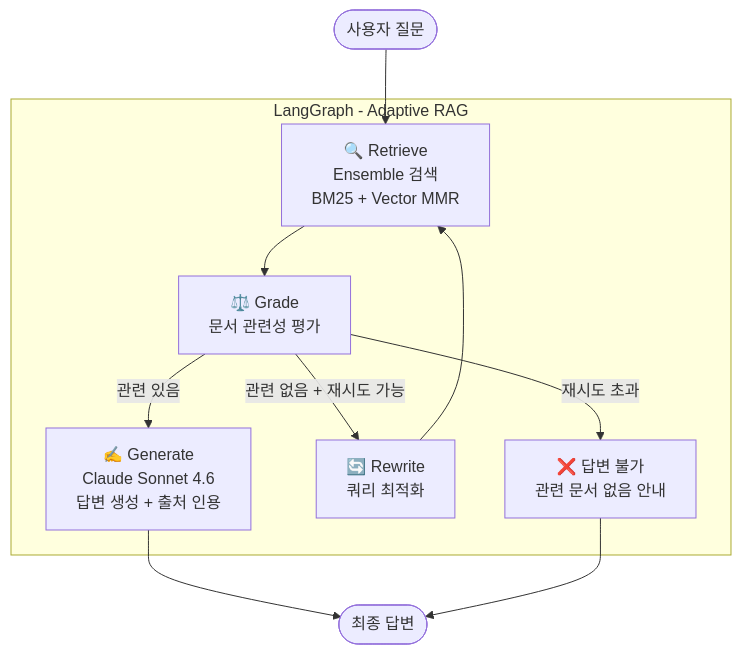
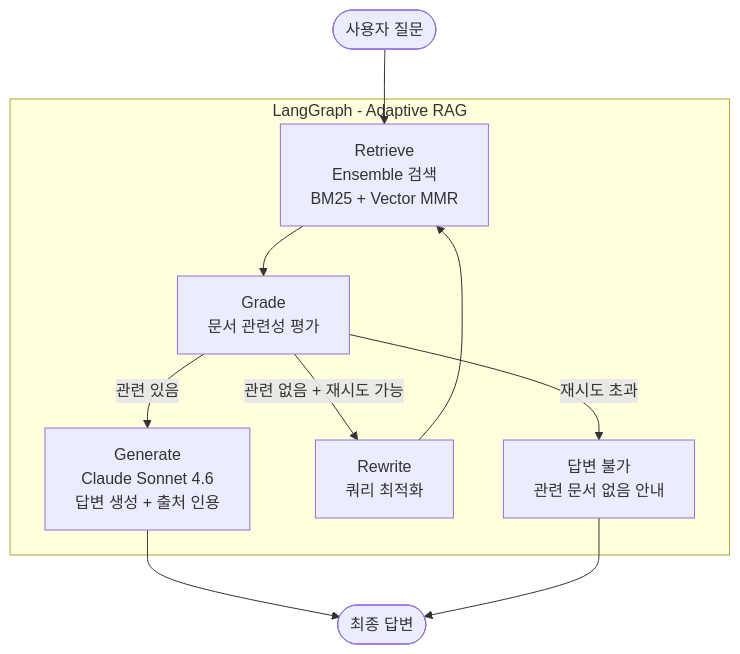
Before and after one commit to dhdlswhd34/AI-agent: the diagram in README.md, drawn with Mermaid.

````diff
--- a/README.md
+++ b/README.md
@@ -9,16 +9,16 @@
 ```mermaid
 flowchart TD
     A([사용자 질문]) --> B
 
     subgraph Graph["LangGraph - Adaptive RAG"]
-        B["🔍 Retrieve\nEnsemble 검색\nBM25 + Vector MMR"]
-        B --> C["⚖️ Grade\n문서 관련성 평가"]
-        C -->|관련 있음| D["✍️ Generate\nClaude Sonnet 4.6\n답변 생성 + 출처 인용"]
-        C -->|관련 없음 + 재시도 가능| E["🔄 Rewrite\n쿼리 최적화"]
+        B["Retrieve\nEnsemble 검색\nBM25 + Vector MMR"]
+        B --> C["Grade\n문서 관련성 평가"]
+        C -->|관련 있음| D["Generate\nClaude Sonnet 4.6\n답변 생성 + 출처 인용"]
+        C -->|관련 없음 + 재시도 가능| E["Rewrite\n쿼리 최적화"]
         E --> B
-        C -->|재시도 초과| F["❌ 답변 불가\n관련 문서 없음 안내"]
+        C -->|재시도 초과| F["답변 불가\n관련 문서 없음 안내"]
     end
 
     D --> G([최종 답변])
     F --> G
 ```
````
